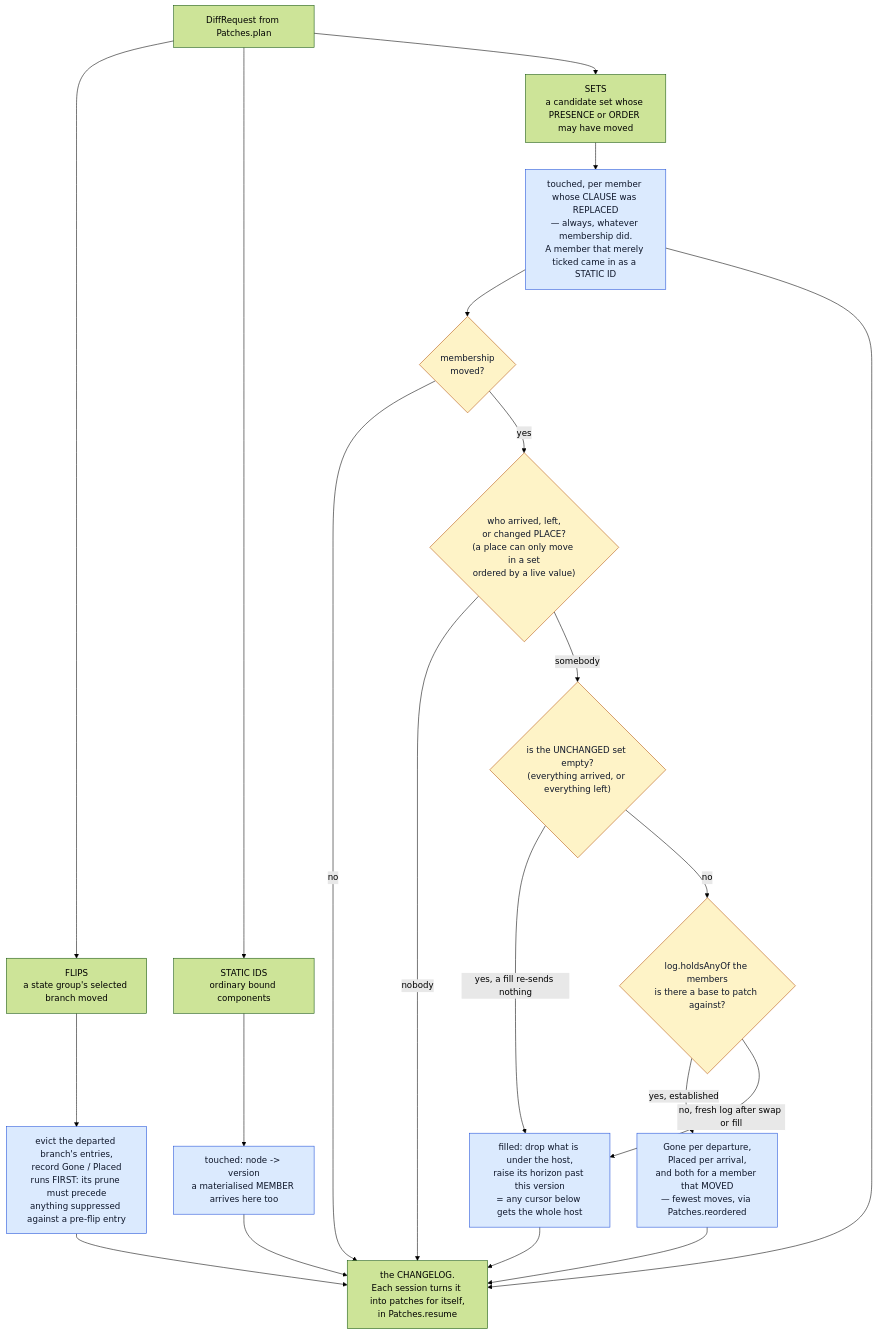
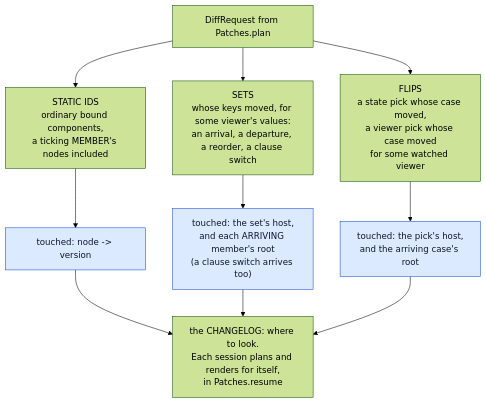
One commit to perok/functional-home-assistant changed the third of 6 diagrams in docs/architecture-rendering-pipeline.md. Above: the diagram before and after it, drawn with Mermaid (forest theme). The commit also changed other lines of this file and 225 other files, not shown here.

First line of the commit message:
R4d: D0 tree index, D1 oracle, D2 holds by Ix + host lists, D3 the planner (#726)

````diff
--- a/docs/architecture-rendering-pipeline.md
+++ b/docs/architecture-rendering-pipeline.md
@@ -641,34 +674,19 @@
 ```mermaid
 flowchart TB
   REQ["DiffRequest from Patches.plan"]
 
-  REQ --> FLIP["FLIPS<br/>a state group's selected branch moved"]
-  REQ --> STAT["STATIC IDS<br/>ordinary bound components"]
-  REQ --> DYN["SETS<br/>a candidate set whose PRESENCE or ORDER may have moved"]
+  REQ --> STAT["STATIC IDS<br/>ordinary bound components,<br/>a ticking MEMBER's nodes included"]
+  REQ --> DYN["SETS<br/>whose keys moved, for some viewer's values:<br/>an arrival, a departure, a reorder, a clause switch"]
+  REQ --> FLIP["FLIPS<br/>a state pick whose case moved,<br/>a viewer pick whose case moved<br/>for some watched viewer"]
 
-  FLIP --> FLIPW["evict the departed branch's entries,<br/>record Gone / Placed<br/>runs FIRST: its prune must precede<br/>anything suppressed against a pre-flip entry"]
+  STAT --> STATW["touched: node -&gt; version"]
+  DYN --> DYNW["touched: the set's host,<br/>and each ARRIVING member's root<br/>(a clause switch arrives too)"]
+  FLIP --> FLIPW["touched: the pick's host,<br/>and the arriving case's root"]
 
-  STAT --> STATW["touched: node -&gt; version<br/>a materialised MEMBER arrives here too"]
-
-  DYN --> REPL["touched, per member whose CLAUSE was REPLACED<br/>— always, whatever membership did.<br/>A member that merely ticked came in as a STATIC ID"]
-  REPL --> SAME{"membership<br/>moved?"}
-  SAME -->|no| OUT
-  SAME -->|yes| SET{"who arrived, left,<br/>or changed PLACE?<br/>(a place can only move in a set<br/>ordered by a live value)"}
-  SET -->|nobody| OUT
-  SET -->|somebody| CHURN{"is the UNCHANGED set empty?<br/>(everything arrived, or everything left)"}
-  CHURN -->|yes, a fill re-sends nothing| FILL["filled: drop what is under the host,<br/>raise its horizon past this version<br/>= any cursor below gets the whole host"]
-  CHURN -->|no| EST{"log.holdsAnyOf the members<br/>is there a base to patch against?"}
-  EST -->|yes, established| DELTA["Gone per departure,<br/>Placed per arrival,<br/>and both for a member that MOVED<br/>— fewest moves, via Patches.reordered"]
-  EST -->|no, fresh log after swap or fill| FILL
-
-  FLIPW --> OUT["the CHANGELOG.<br/>Each session turns it into patches for itself,<br/>in Patches.resume"]
-  STATW --> OUT
-  REPL --> OUT
-  FILL --> OUT
-  DELTA --> OUT
+  STATW --> OUT["the CHANGELOG: where to look.<br/>Each session plans and renders for itself,<br/>in Patches.resume"]
+  DYNW --> OUT
+  FLIPW --> OUT
 
   classDef write fill:#dbeafe,stroke:#1d4ed8,color:#0f172a
-  classDef q fill:#fef3c7,stroke:#b45309,color:#0f172a
-  class FLIPW,STATW,REPL,FILL,DELTA write
-  class SAME,SET,CHURN,EST q
+  class STATW,DYNW,FLIPW write
 ```
````
